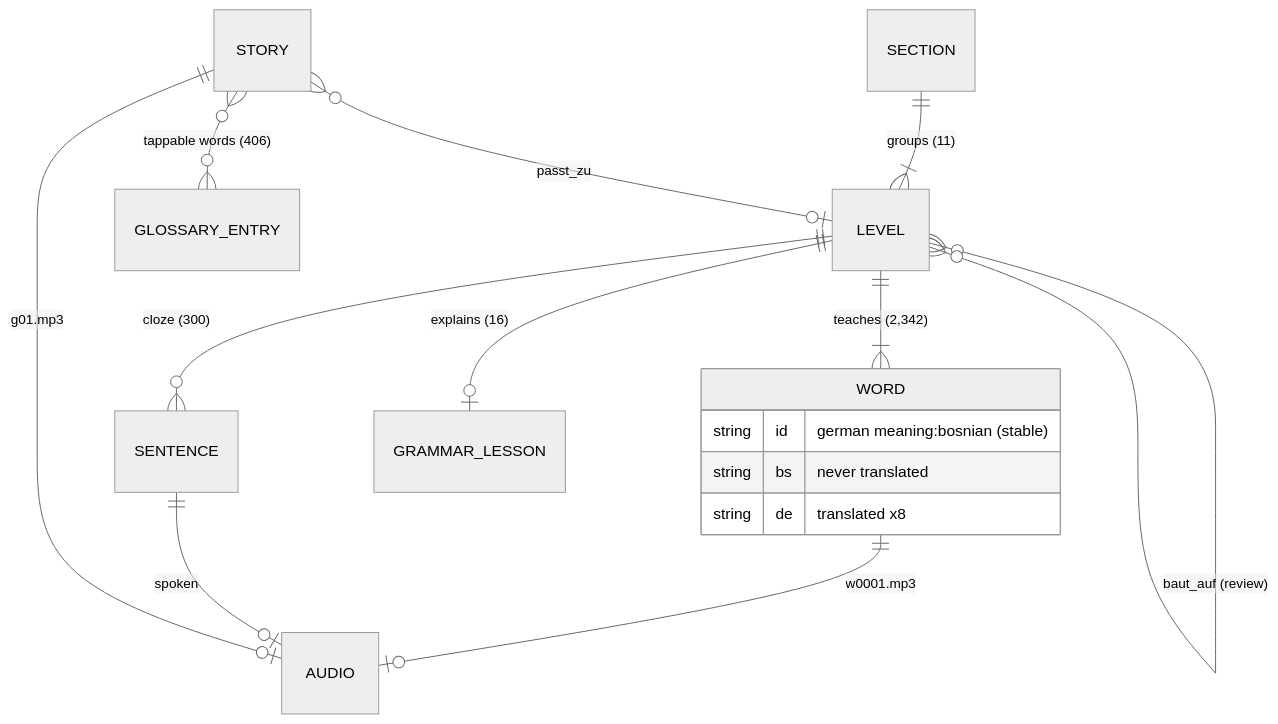
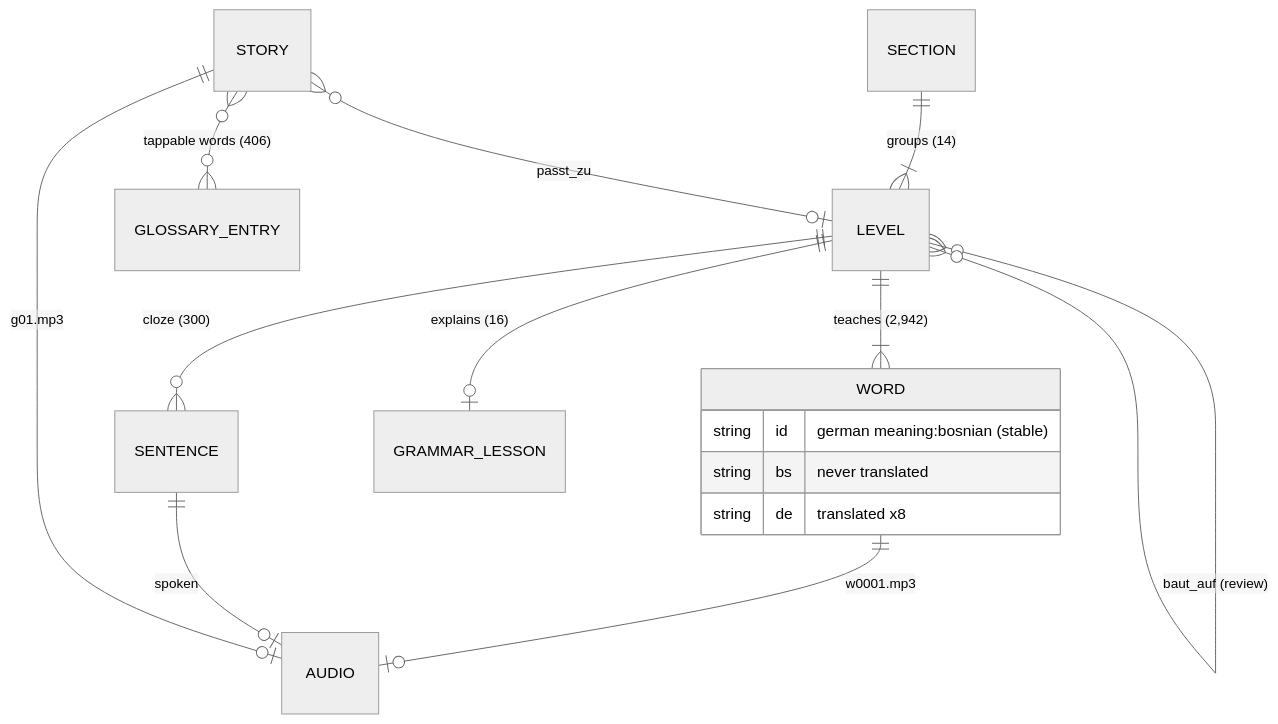
The second of 3 diagrams in docs/ARCHITECTURE.md (zmaj-lernapp/zmaj), drawn with Mermaid (neutral theme) before and after one commit. The commit also changed other lines of this file and 54 other files, not shown here.

````diff
--- a/docs/ARCHITECTURE.md
+++ b/docs/ARCHITECTURE.md
@@ -54,18 +54,18 @@
 ```mermaid
 erDiagram
-  SECTION ||--|{ LEVEL : "groups (11)"
-  LEVEL ||--|{ WORD : "teaches (2,342)"
+  SECTION ||--|{ LEVEL : "groups (14)"
+  LEVEL ||--|{ WORD : "teaches (2,942)"
   LEVEL ||--o{ SENTENCE : "cloze (300)"
   LEVEL ||--o| GRAMMAR_LESSON : "explains (16)"
   LEVEL }o--o{ LEVEL : "baut_auf (review)"
   STORY }o--o| LEVEL : "passt_zu"
   STORY }o--o{ GLOSSARY_ENTRY : "tappable words (406)"
   WORD ||--o| AUDIO : "w0001.mp3"
   SENTENCE ||--o| AUDIO : "spoken"
   STORY ||--o| AUDIO : "g01.mp3"
   WORD {
     string id "german meaning:bosnian (stable)"
     string bs "never translated"
     string de "translated x8"
   }
 ```
````
